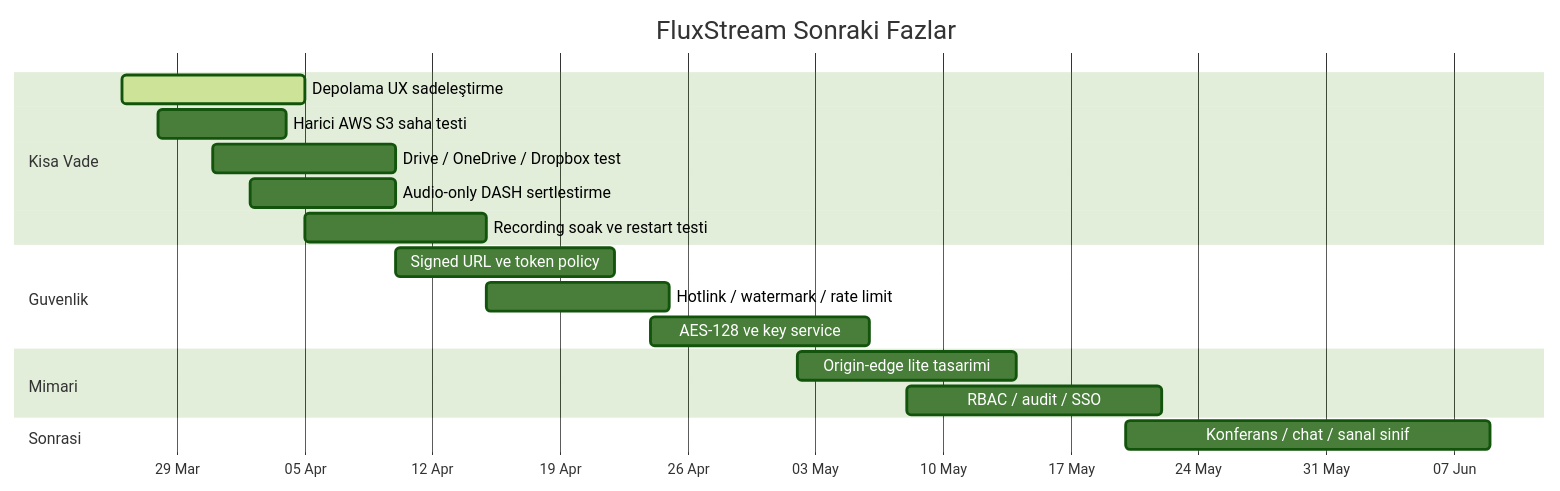
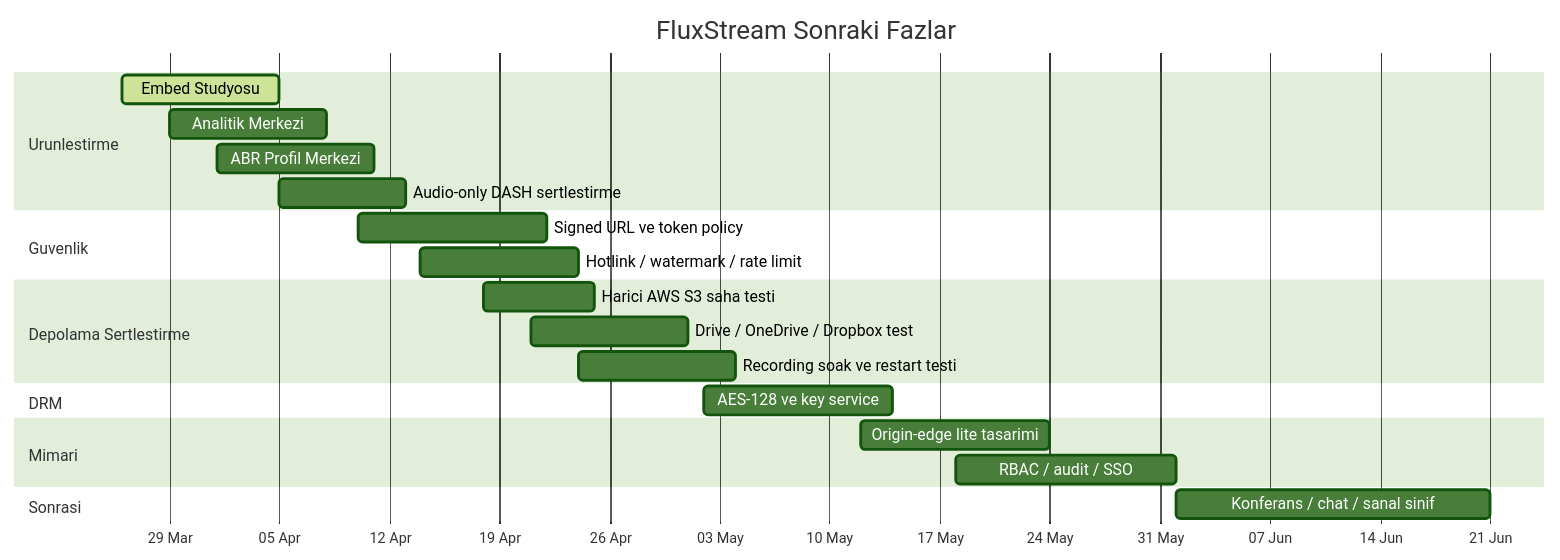
Before and after one commit to umitaydogan-sys/stream: the fifth of 5 diagrams in yol_haritasi.md, drawn with Mermaid (forest theme). The commit also changed other lines of this file and 15 other files, not shown here.

Commit message:
Embed studyosu analitik merkezi ve ABR profil fazini ekle

````diff
--- a/yol_haritasi.md
+++ b/yol_haritasi.md
@@ -110,21 +129,25 @@
 ```mermaid
 gantt
     title FluxStream Sonraki Fazlar
     dateFormat  YYYY-MM-DD
     axisFormat  %d %b
-    section Kisa Vade
-    Depolama UX sadeleştirme         :active, ux1, 2026-03-26, 10d
-    Harici AWS S3 saha testi         :s3, 2026-03-28, 7d
-    Drive / OneDrive / Dropbox test  :drv, 2026-03-31, 10d
-    Audio-only DASH sertlestirme     :dasha, 2026-04-02, 8d
-    Recording soak ve restart testi  :rec, 2026-04-05, 10d
+    section Urunlestirme
+    Embed Studyosu                   :active, emb1, 2026-03-26, 10d
+    Analitik Merkezi                 :ana1, 2026-03-29, 10d
+    ABR Profil Merkezi               :abr1, 2026-04-01, 10d
+    Audio-only DASH sertlestirme     :dasha, 2026-04-05, 8d
     section Guvenlik
     Signed URL ve token policy       :sec1, 2026-04-10, 12d
-    Hotlink / watermark / rate limit :sec2, 2026-04-15, 10d
-    AES-128 ve key service           :drm1, 2026-04-24, 12d
+    Hotlink / watermark / rate limit :sec2, 2026-04-14, 10d
+    section Depolama Sertlestirme
+    Harici AWS S3 saha testi         :s3, 2026-04-18, 7d
+    Drive / OneDrive / Dropbox test  :drv, 2026-04-21, 10d
+    Recording soak ve restart testi  :rec, 2026-04-24, 10d
+    section DRM
+    AES-128 ve key service           :drm1, 2026-05-02, 12d
     section Mimari
-    Origin-edge lite tasarimi        :oe1, 2026-05-02, 12d
-    RBAC / audit / SSO               :auth1, 2026-05-08, 14d
+    Origin-edge lite tasarimi        :oe1, 2026-05-12, 12d
+    RBAC / audit / SSO               :auth1, 2026-05-18, 14d
     section Sonrasi
-    Konferans / chat / sanal sinif   :future, 2026-05-20, 20d
+    Konferans / chat / sanal sinif   :future, 2026-06-01, 20d
 ```
````
